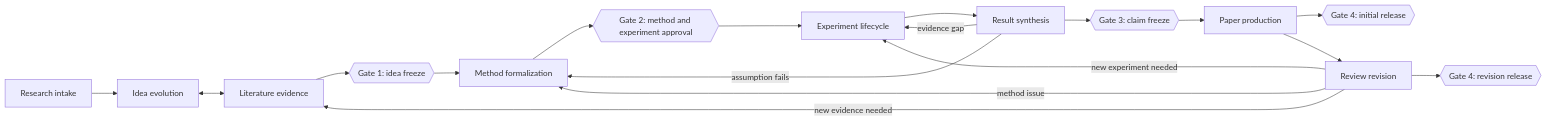
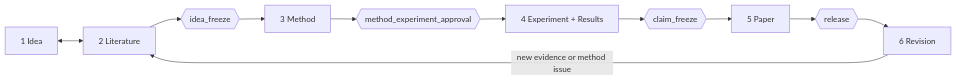
One commit to Fusica/Scientific-Research-Skill changed the diagram in README.md. Above: the diagram before and after it, drawn with Mermaid. The commit also changed other lines of this file and 80 other files, not shown here.

Commit message:
release: scientific research skill v1.0.0

````diff
--- a/README.md
+++ b/README.md
@@ -19,20 +22,13 @@
 ```mermaid
 flowchart LR
-    A[Research intake] --> B[Idea evolution]
-    B <--> C[Literature evidence]
-    C --> G1{{Gate 1: idea freeze}}
-    G1 --> D[Method formalization]
-    D --> G2{{Gate 2: method and experiment approval}}
-    G2 --> E[Experiment lifecycle]
-    E --> F[Result synthesis]
-    F -->|evidence gap| E
-    F -->|assumption fails| D
-    F --> G3{{Gate 3: claim freeze}}
-    G3 --> H[Paper production]
-    H --> G4I{{Gate 4: initial release}}
-    H --> I[Review revision]
-    I -->|new evidence needed| C
-    I -->|new experiment needed| E
-    I -->|method issue| D
-    I --> G4R{{Gate 4: revision release}}
+    A[1 Idea] <--> B[2 Literature]
+    B --> G1{{idea_freeze}}
+    G1 --> C[3 Method]
+    C --> G2{{method_experiment_approval}}
+    G2 --> D[4 Experiment + Results]
+    D --> G3{{claim_freeze}}
+    G3 --> E[5 Paper]
+    E --> G4{{release}}
+    G4 --> F[6 Revision]
+    F -->|new evidence or method issue| B
 ```
````
